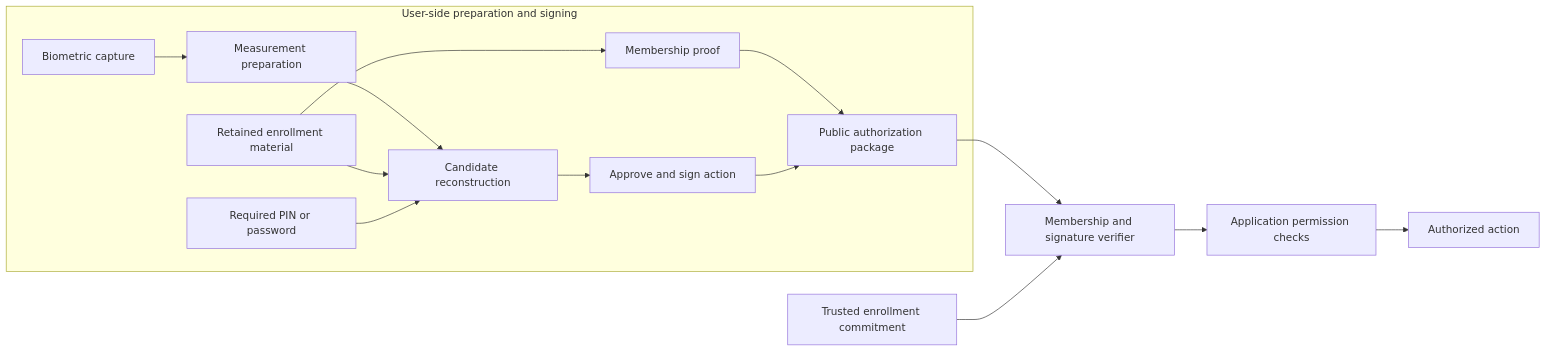
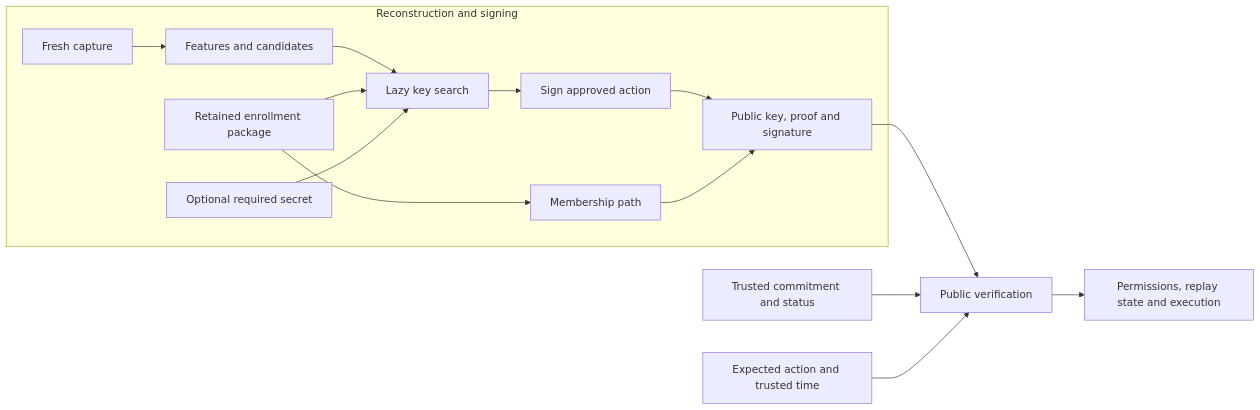
The diagram in docs/architecture.md (binqbit/gnorix), drawn with Mermaid before and after one commit. The commit also changed other lines of this file and 3 other files, not shown here.

Commit message:
Align project overview with the implemented signing flow

````diff
--- a/docs/architecture.md
+++ b/docs/architecture.md
@@ -39,17 +27,17 @@
 ```mermaid
 flowchart LR
-  subgraph UserSide[User-side preparation and signing]
-    Capture[Biometric capture] --> Prepare[Measurement preparation]
-    Prepare --> Recover[Candidate reconstruction]
-    Retained[Retained enrollment material] --> Recover
-    Retained --> Proof[Membership proof]
-    Secret[Required PIN or password] --> Recover
-    Recover --> Sign[Approve and sign action]
-    Proof --> Package[Public authorization package]
-    Sign --> Package
+  subgraph Signing[Reconstruction and signing]
+    Capture[Fresh capture] --> Features[Features and candidates]
+    Features --> Search[Lazy key search]
+    Package[Retained enrollment package] --> Search
+    Secret[Optional required secret] --> Search
+    Search --> Sign[Sign approved action]
+    Package --> Proof[Membership path]
+    Sign --> Authorization[Public key, proof and signature]
+    Proof --> Authorization
   end
-  Package --> Verify[Membership and signature verifier]
-  Root[Trusted enrollment commitment] --> Verify
-  Verify --> Policy[Application permission checks]
-  Policy --> Action[Authorized action]
+  Authorization --> Verify[Public verification]
+  Registry[Trusted commitment and status] --> Verify
+  Expected[Expected action and trusted time] --> Verify
+  Verify --> Application[Permissions, replay state and execution]
 ```
````
